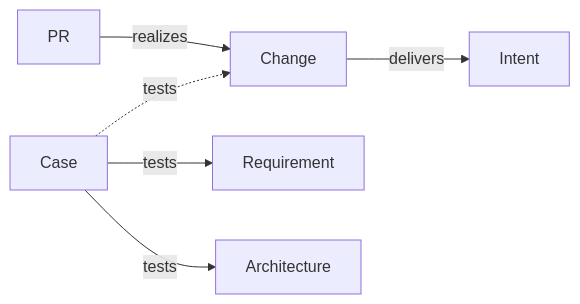
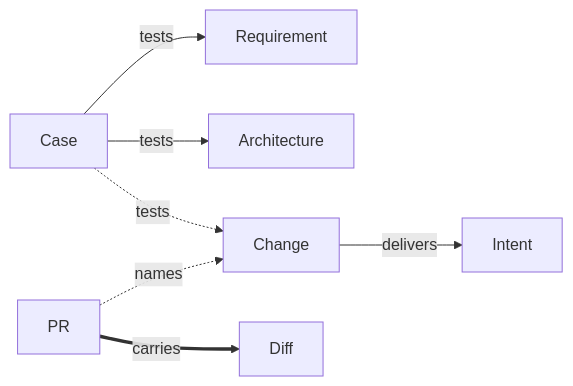
Before and after one commit to Kai-Hacks-AI/KAAL: the diagram in engineering/metamodel/views/do.md, drawn with Mermaid. The commit also changed other lines of this file and 8 other files, not shown here.

First line of the commit message:
DO: a PR carries a Diff and names a Change, it does not realize one; Controls evaluate it (release/C71)

````diff
--- a/engineering/metamodel/views/do.md
+++ b/engineering/metamodel/views/do.md
@@ -12,8 +12,9 @@
 ```mermaid
 flowchart LR
   Change -->|delivers| Intent
   Case -->|tests| Requirement
   Case -->|tests| Architecture
   Case -.->|tests| Change
-  PR -->|realizes| Change
+  PR -.->|names| Change
+  PR ==>|carries| Diff
 ```
````
